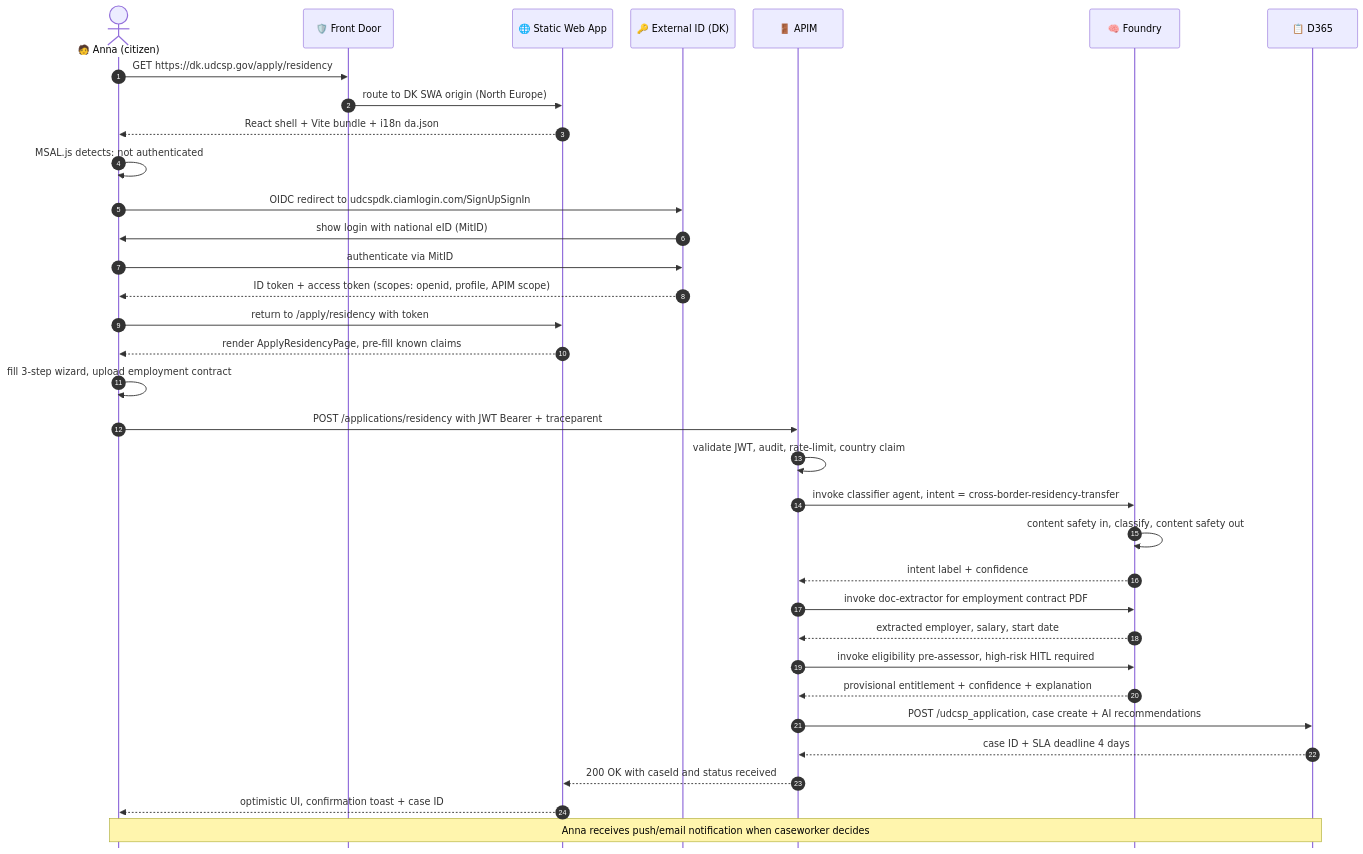
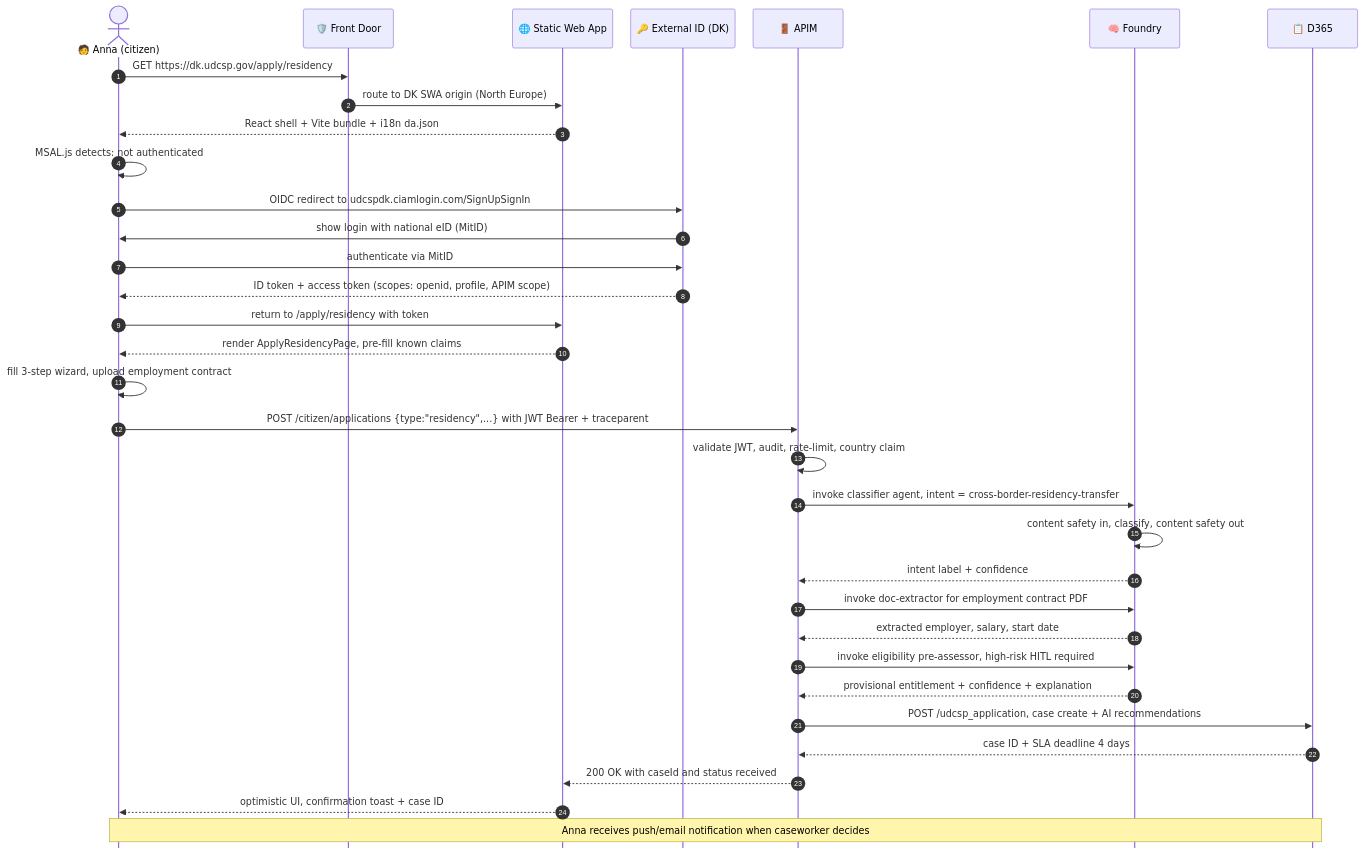
One commit to fredgis/UDCSP changed the second of 4 diagrams in docs/biz/web.md. Above: the diagram before and after it, drawn with Mermaid. The commit also changed 6 other files, not shown here.

First line of the commit message:
fix(audit-r5): citizen-applications path doubling, agent count, dead bicep, Purview cleanup

````diff
--- a/docs/biz/web.md
+++ b/docs/biz/web.md
@@ -149,38 +149,38 @@
 ```mermaid
 %%{ init: { 'sequence': { 'mirrorActors': false, 'actorMargin': 30 }, 'themeVariables': { 'fontSize': '12px' } } }%%
 sequenceDiagram
     autonumber
     actor A as 🧑 Anna (citizen)
     participant FD as 🛡️ Front Door
     participant SWA as 🌐 Static Web App
     participant EID as 🔑 External ID (DK)
     participant APIM as 🚪 APIM
     participant F as 🧠 Foundry
     participant D as 📋 D365
 
     A->>FD: GET https://dk.udcsp.gov/apply/residency
     FD->>SWA: route to DK SWA origin (North Europe)
     SWA-->>A: React shell + Vite bundle + i18n da.json
     A->>A: MSAL.js detects: not authenticated
     A->>EID: OIDC redirect to udcspdk.ciamlogin.com/SignUpSignIn
     EID->>A: show login with national eID (MitID)
     A->>EID: authenticate via MitID
     EID-->>A: ID token + access token (scopes: openid, profile, APIM scope)
     A->>SWA: return to /apply/residency with token
     SWA-->>A: render ApplyResidencyPage, pre-fill known claims
     A->>A: fill 3-step wizard, upload employment contract
-    A->>APIM: POST /applications/residency with JWT Bearer + traceparent
+    A->>APIM: POST /citizen/applications {type:"residency",...} with JWT Bearer + traceparent
     APIM->>APIM: validate JWT, audit, rate-limit, country claim
     APIM->>F: invoke classifier agent, intent = cross-border-residency-transfer
     F->>F: content safety in, classify, content safety out
     F-->>APIM: intent label + confidence
     APIM->>F: invoke doc-extractor for employment contract PDF
     F-->>APIM: extracted employer, salary, start date
     APIM->>F: invoke eligibility pre-assessor, high-risk HITL required
     F-->>APIM: provisional entitlement + confidence + explanation
     APIM->>D: POST /udcsp_application, case create + AI recommendations
     D-->>APIM: case ID + SLA deadline 4 days
     APIM-->>SWA: 200 OK with caseId and status received
     SWA-->>A: optimistic UI, confirmation toast + case ID
     Note over A,D: Anna receives push/email notification when caseworker decides
 ```
````
